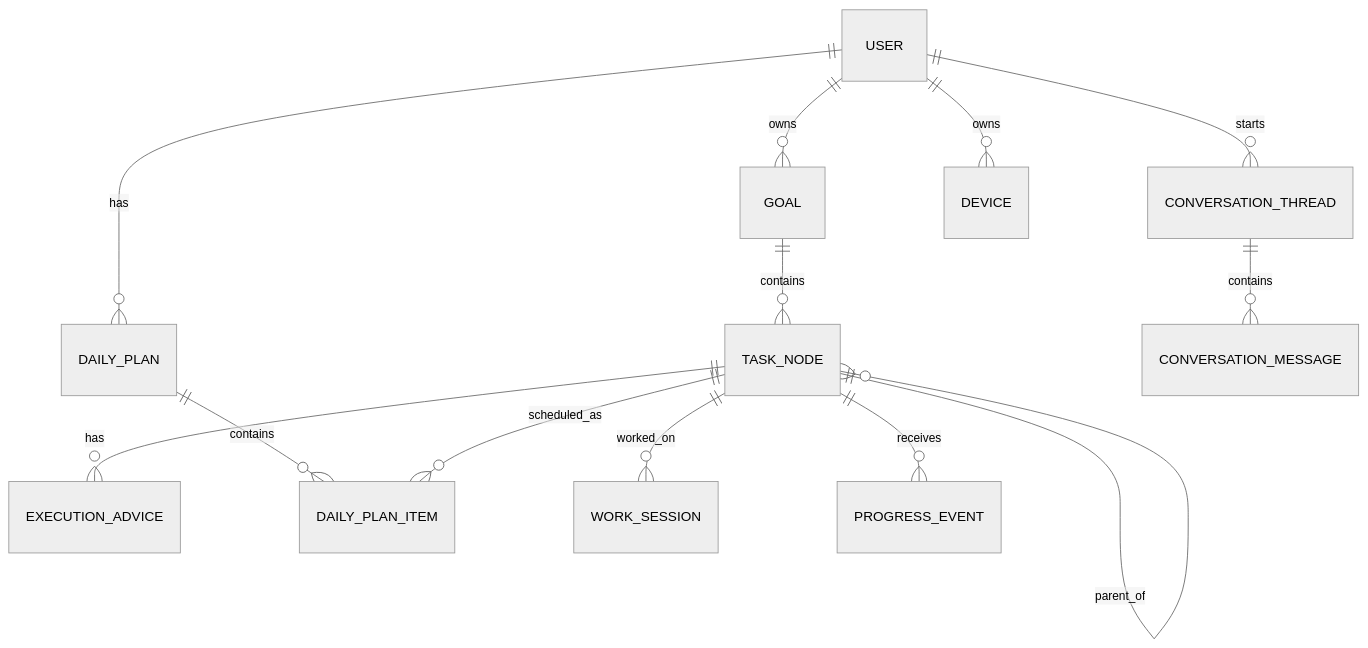
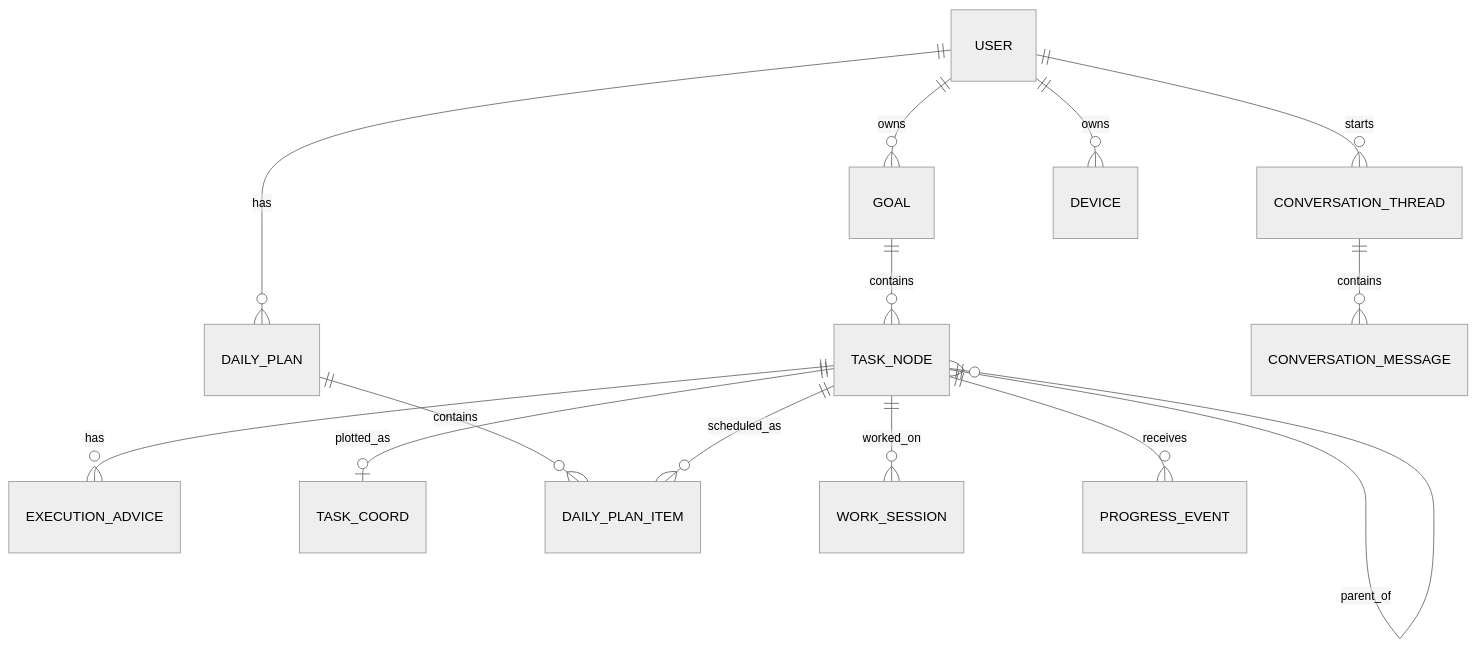
One commit to FastR-D/FastTask changed the third of 4 diagrams in doc/arch.md. Above: the diagram before and after it, drawn with Mermaid (neutral theme). The commit also changed other lines of this file and 25 other files, not shown here.

````diff
--- a/doc/arch.md
+++ b/doc/arch.md
@@ -462,15 +463,16 @@
 ```mermaid
 erDiagram
     USER ||--o{ GOAL : owns
     GOAL ||--o{ TASK_NODE : contains
     TASK_NODE ||--o{ TASK_NODE : parent_of
     TASK_NODE ||--o{ EXECUTION_ADVICE : has
+    TASK_NODE ||--o| TASK_COORD : plotted_as
     USER ||--o{ DAILY_PLAN : has
     DAILY_PLAN ||--o{ DAILY_PLAN_ITEM : contains
     TASK_NODE ||--o{ DAILY_PLAN_ITEM : scheduled_as
     TASK_NODE ||--o{ WORK_SESSION : worked_on
     TASK_NODE ||--o{ PROGRESS_EVENT : receives
     USER ||--o{ CONVERSATION_THREAD : starts
     CONVERSATION_THREAD ||--o{ CONVERSATION_MESSAGE : contains
     USER ||--o{ DEVICE : owns
 ```
````
